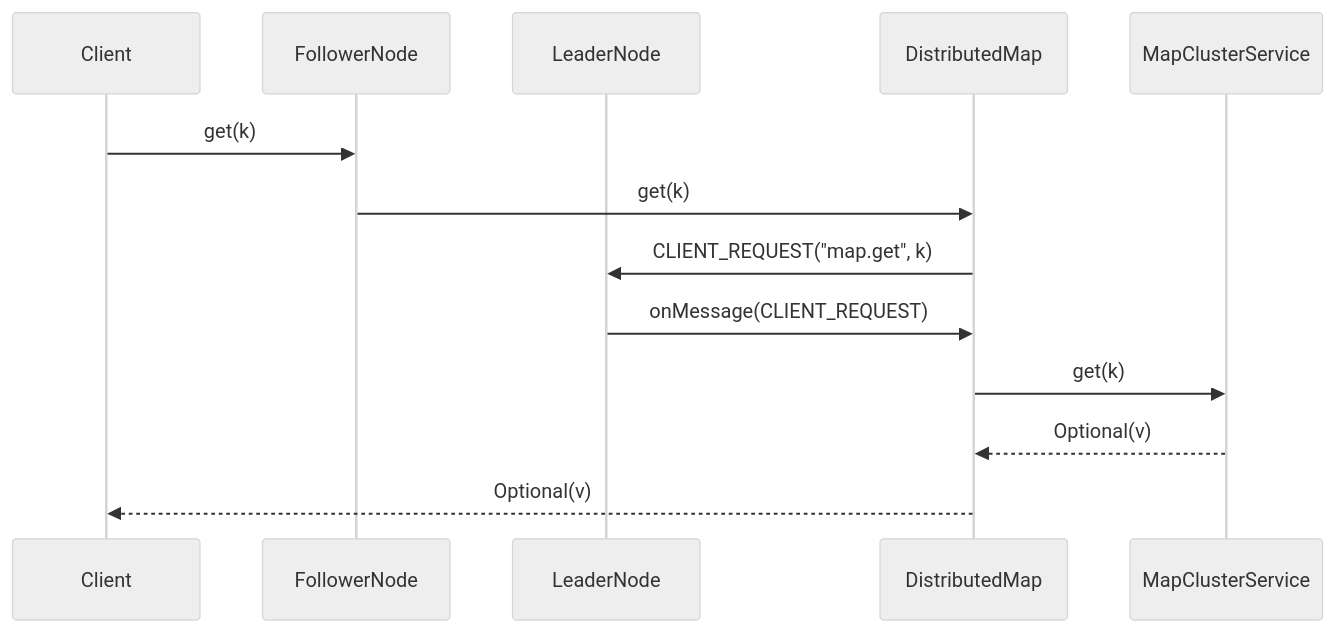
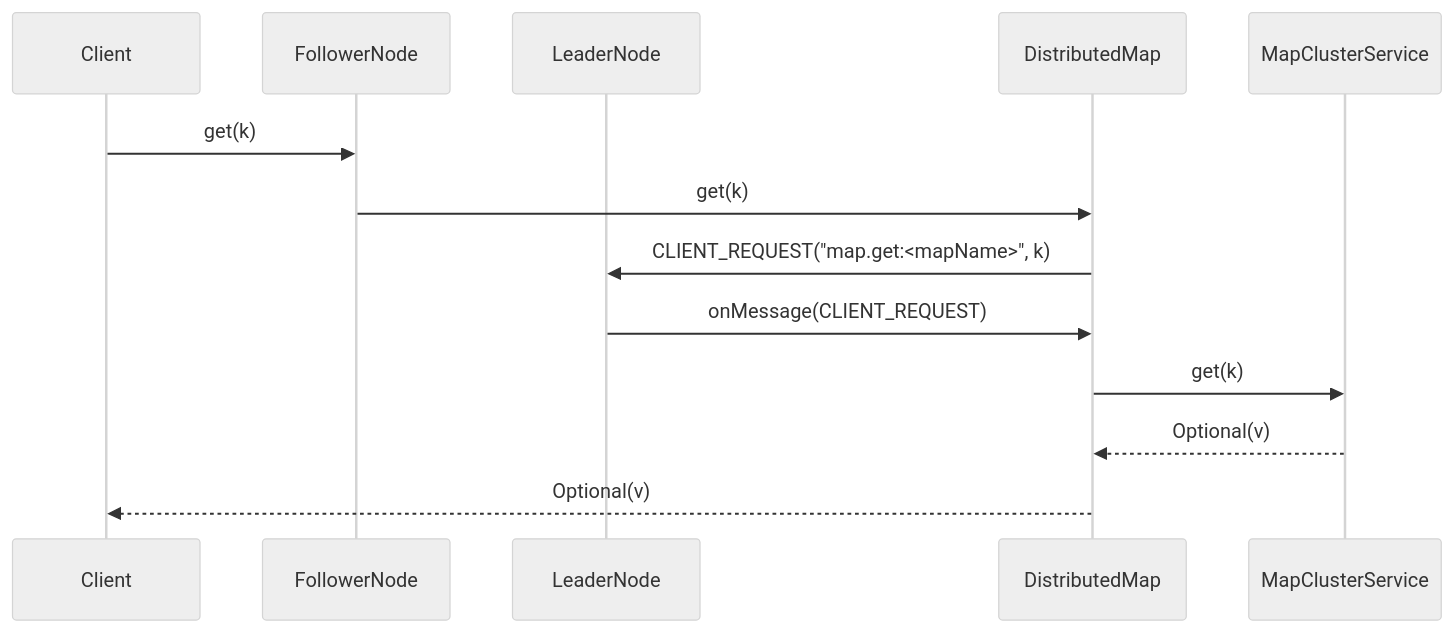
Before and after one commit to nishisan-dev/nishi-utils: the second of 5 diagrams in doc/ngrid/map-design.md, drawn with Mermaid (neutral theme). The commit also changed other lines of this file and 4 other files, not shown here.

````diff
--- a/doc/ngrid/map-design.md
+++ b/doc/ngrid/map-design.md
@@ -109,16 +109,16 @@
 ```mermaid
 sequenceDiagram
 participant Client as Client
 participant F as FollowerNode
 participant L as LeaderNode
 participant DM as DistributedMap
 participant MS as MapClusterService
 
 Client->>F: get(k)
 F->>DM: get(k)
-DM->>L: CLIENT_REQUEST("map.get", k)
+DM->>L: CLIENT_REQUEST("map.get:<mapName>", k)
 L->>DM: onMessage(CLIENT_REQUEST)
 DM->>MS: get(k)
 MS-->>DM: Optional(v)
 DM-->>Client: Optional(v)
 ```
````
